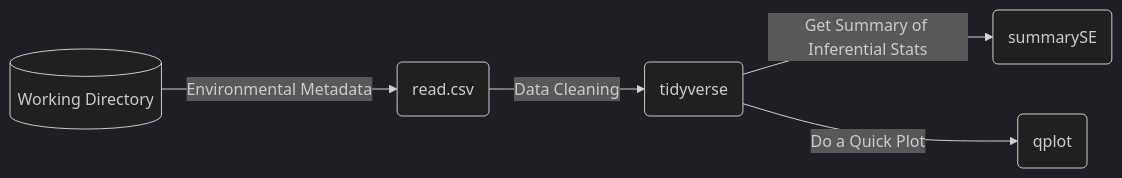
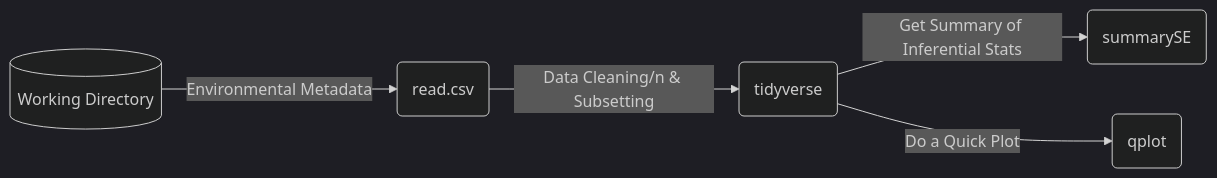
One commit to aptejada/Mermaid-Markdown-Practice-File changed the second of 2 diagrams in README.md. Above: the diagram before and after it, drawn with Mermaid (dark theme).

````diff
--- a/README.md
+++ b/README.md
@@ -26,8 +26,8 @@
 ```mermaid
 flowchart LR
 id1[(Working Directory)] --> |Environmental Metadata| B(read.csv)
-B --> |Data Cleaning| C(tidyverse)
+B --> |Data Cleaning/n & Subsetting| C(tidyverse)
 C --> |Get Summary of Inferential Stats| D(summarySE)
 C--> |Do a Quick Plot| E(qplot)
 
 ```
````
